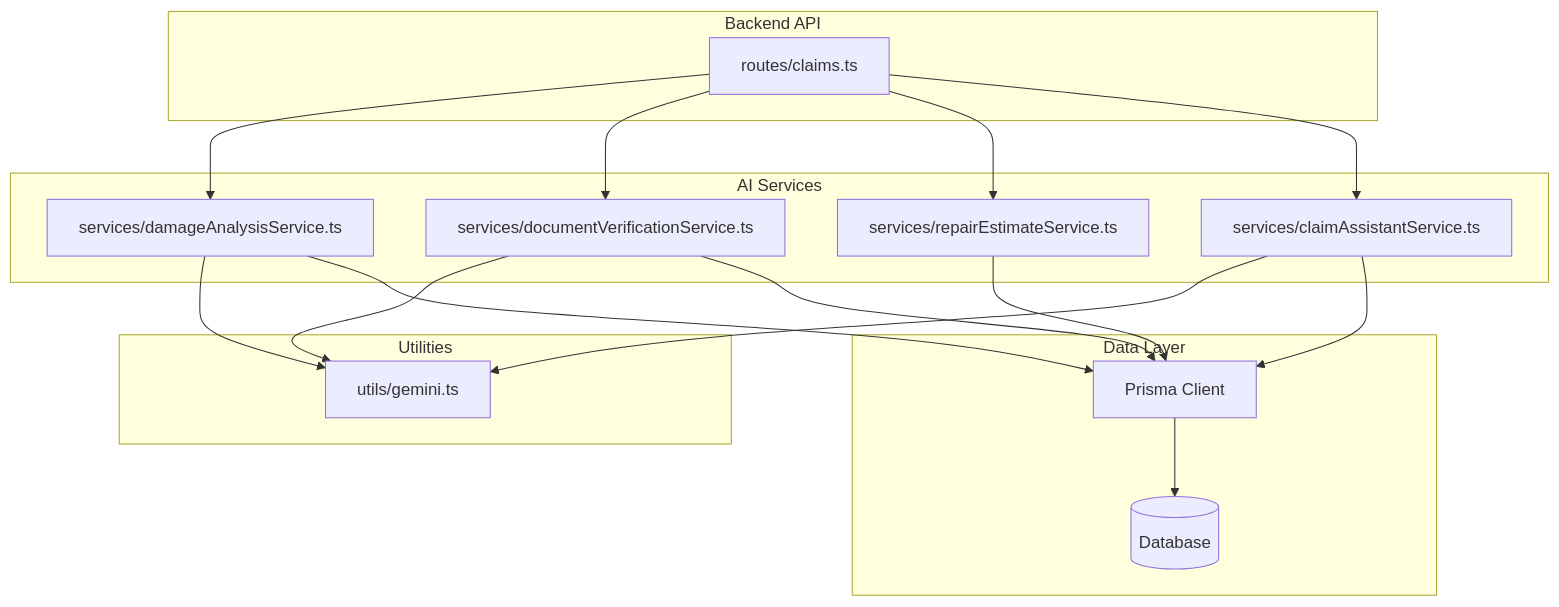
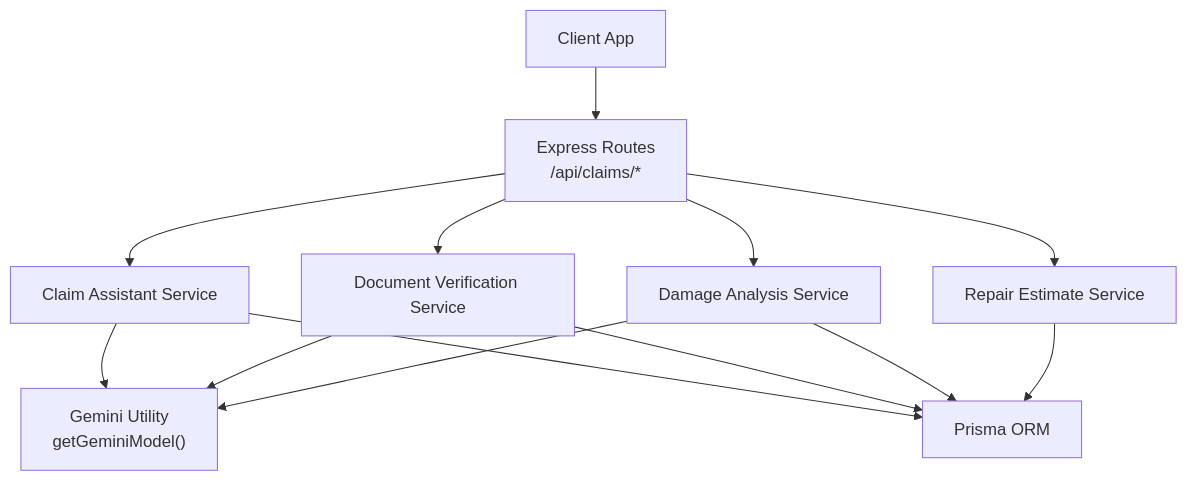
Before and after one commit to NaveenHiranya/Smart-Vehicle-Insurance-Claim-System: the first of 10 diagrams in .qoder/repowiki/en/content/AI Services Integration/AI Services Integration.md, drawn with Mermaid. The commit also changed other lines of this file and 183 other files, not shown here.

````diff
--- a/.qoder/repowiki/en/content/AI Services Integration/AI Services Integration.md
+++ b/.qoder/repowiki/en/content/AI Services Integration/AI Services Integration.md
@@ -40,31 +40,15 @@
 ```mermaid
 graph TB
-subgraph "Backend API"
-R["routes/claims.ts"]
-end
-subgraph "AI Services"
-DAS["services/damageAnalysisService.ts"]
-DVS["services/documentVerificationService.ts"]
-RES["services/repairEstimateService.ts"]
-CAS["services/claimAssistantService.ts"]
-end
-subgraph "Utilities"
-GEM["utils/gemini.ts"]
-end
-subgraph "Data Layer"
-PRIS["Prisma Client"]
-DB[("Database")]
-end
-R --> DAS
-R --> DVS
-R --> RES
-R --> CAS
-DAS --> GEM
-DVS --> GEM
-CAS --> GEM
-DAS --> PRIS
-DVS --> PRIS
-RES --> PRIS
-CAS --> PRIS
-PRIS --> DB
+Client["Client App"] --> Routes["Express Routes<br/>/api/claims/*"]
+Routes --> DamageSvc["Damage Analysis Service"]
+Routes --> DocSvc["Document Verification Service"]
+Routes --> EstimateSvc["Repair Estimate Service"]
+Routes --> ChatSvc["Claim Assistant Service"]
+DamageSvc --> Gemini["Gemini Utility<br/>getGeminiModel()"]
+DocSvc --> Gemini
+ChatSvc --> Gemini
+EstimateSvc --> DB["Prisma ORM"]
+DamageSvc --> DB
+DocSvc --> DB
+ChatSvc --> DB
 ```
````
